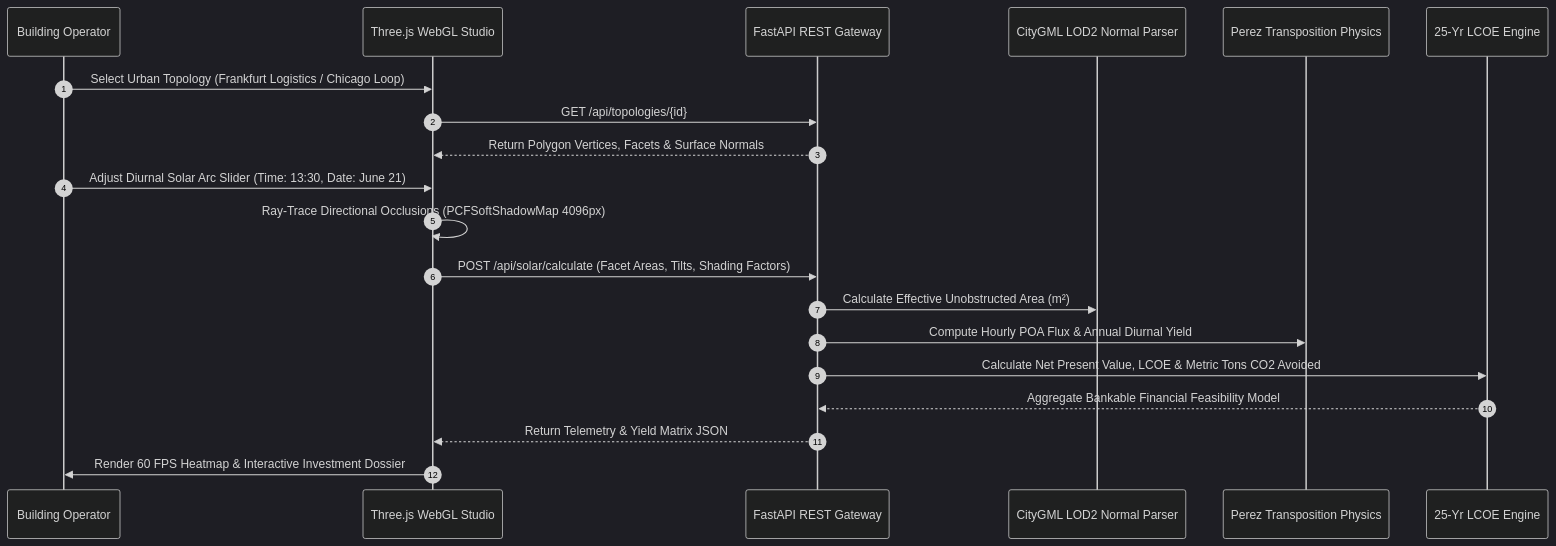
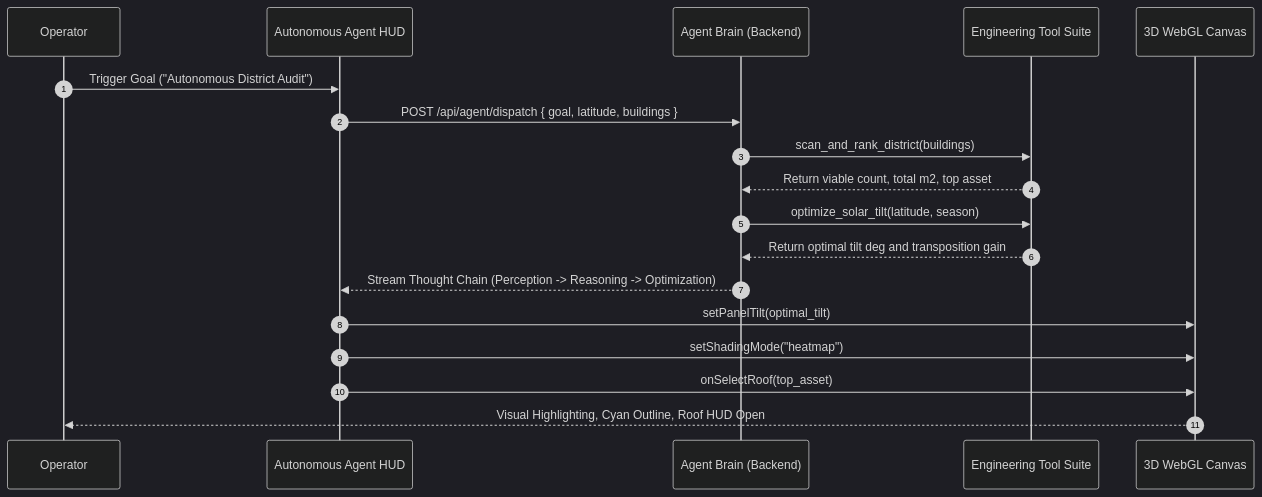
Before and after one commit to GuruMachanica/ArkaSutra: the diagram in README.md, drawn with Mermaid (dark theme). The commit also changed other lines of this file and 1 other file, not shown here.

Commit message:
docs: update README and Docs with autonomous agent, zero-upload OSM, and satellite integration

````diff
--- a/README.md
+++ b/README.md
@@ -96,23 +127,21 @@
 ```mermaid
 sequenceDiagram
     autonumber
-    participant User as Building Operator
-    participant UI as Three.js WebGL Studio
-    participant API as FastAPI REST Gateway
-    participant Geo as CityGML LOD2 Normal Parser
-    participant Solar as Perez Transposition Physics
-    participant Fin as 25-Yr LCOE Engine
+    participant User as Operator
+    participant HUD as Autonomous Agent HUD
+    participant Brain as Agent Brain (Backend)
+    participant Tools as Engineering Tool Suite
+    participant Scene as 3D WebGL Canvas
 
-    User->>UI: Select Urban Topology (Frankfurt Logistics / Chicago Loop)
-    UI->>API: GET /api/topologies/{id}
-    API-->>UI: Return Polygon Vertices, Facets & Surface Normals
-    User->>UI: Adjust Diurnal Solar Arc Slider (Time: 13:30, Date: June 21)
-    UI->>UI: Ray-Trace Directional Occlusions (PCFSoftShadowMap 4096px)
-    UI->>API: POST /api/solar/calculate (Facet Areas, Tilts, Shading Factors)
-    API->>Geo: Calculate Effective Unobstructed Area (m²)
-    API->>Solar: Compute Hourly POA Flux & Annual Diurnal Yield
-    API->>Fin: Calculate Net Present Value, LCOE & Metric Tons CO2 Avoided
-    Fin-->>API: Aggregate Bankable Financial Feasibility Model
-    API-->>UI: Return Telemetry & Yield Matrix JSON
-    UI->>User: Render 60 FPS Heatmap & Interactive Investment Dossier
+    User->>HUD: Trigger Goal ("Autonomous District Audit")
+    HUD->>Brain: POST /api/agent/dispatch { goal, latitude, buildings }
+    Brain->>Tools: scan_and_rank_district(buildings)
+    Tools-->>Brain: Return viable count, total m2, top asset
+    Brain->>Tools: optimize_solar_tilt(latitude, season)
+    Tools-->>Brain: Return optimal tilt deg and transposition gain
+    Brain-->>HUD: Stream Thought Chain (Perception -> Reasoning -> Optimization)
+    HUD->>Scene: setPanelTilt(optimal_tilt)
+    HUD->>Scene: setShadingMode("heatmap")
+    HUD->>Scene: onSelectRoof(top_asset)
+    Scene-->>User: Visual Highlighting, Cyan Outline, Roof HUD Open
 ```
````
